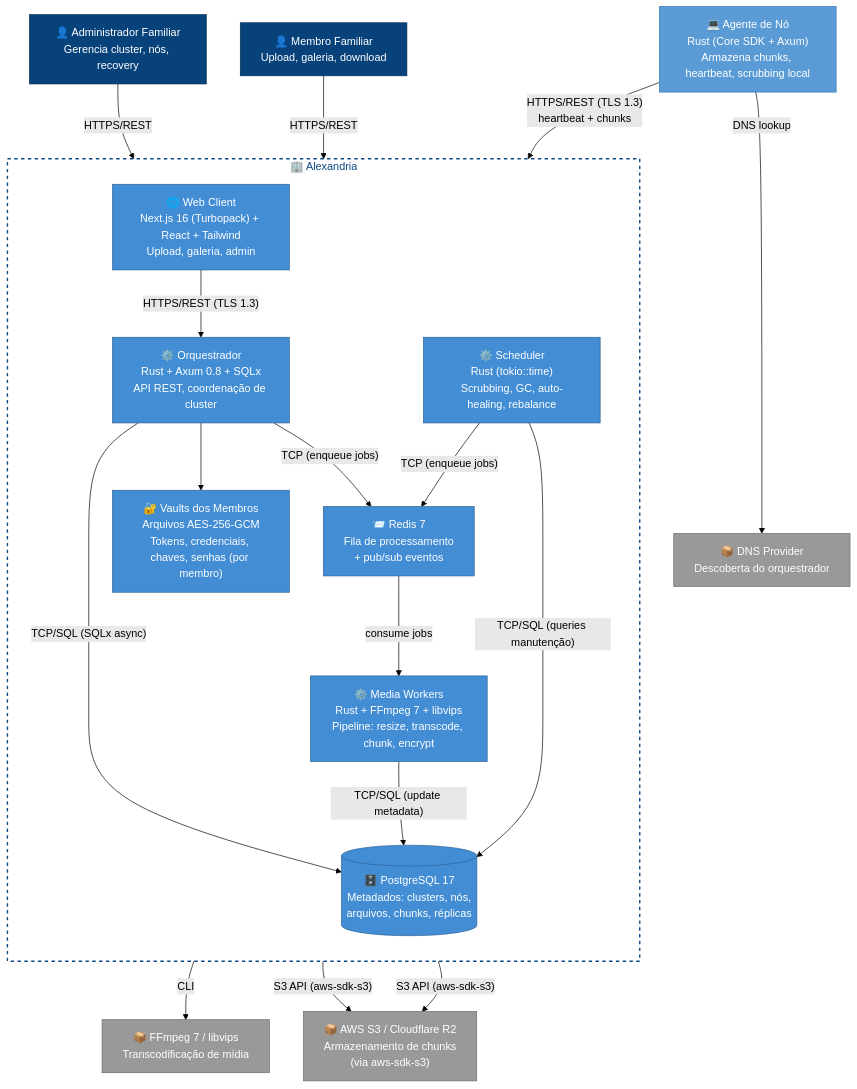
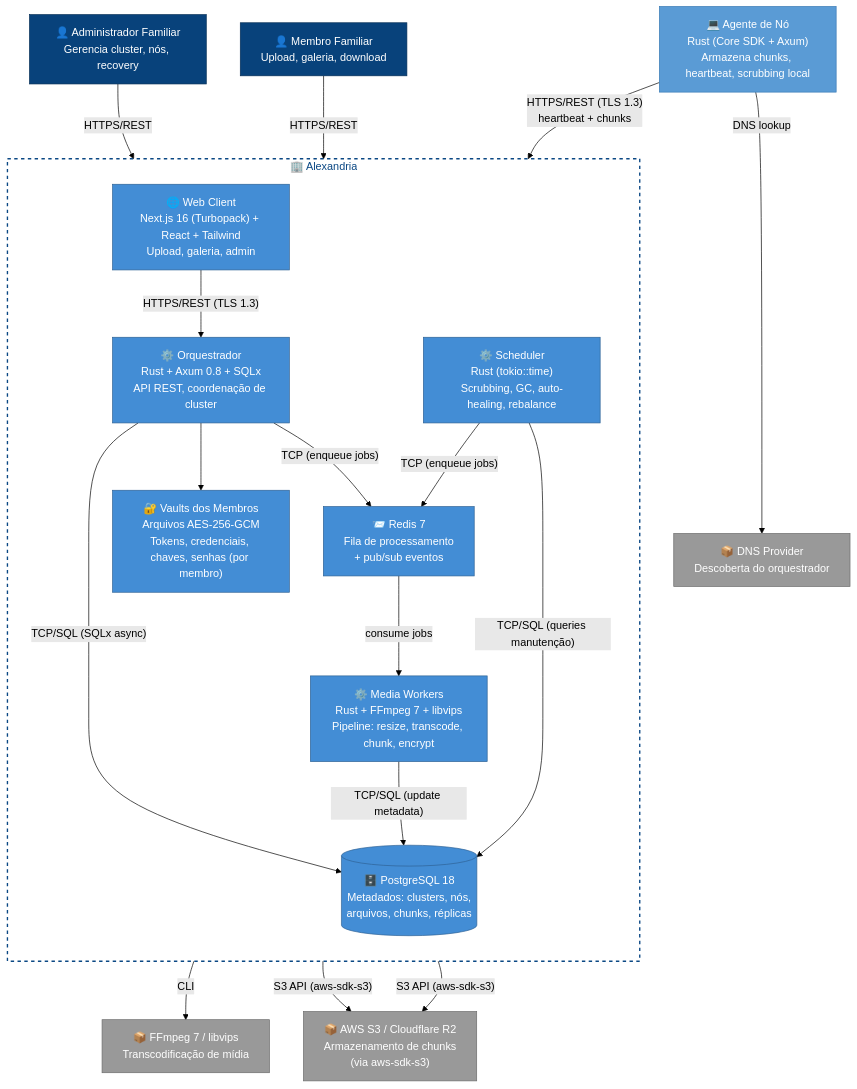
Before and after one commit to DouglasPrado/alexandria: the diagram in docs/diagrams/containers/container-diagram.mmd, drawn with Mermaid (forest theme). The commit also changed 17 other files, not shown here.

```diff
--- a/docs/diagrams/containers/container-diagram.mmd
+++ b/docs/diagrams/containers/container-diagram.mmd
@@ -1,88 +1,88 @@
 %% C4 Nivel 2: Diagrama de Containers — Alexandria
 %% Referencia: docs/blueprint/06-system_architecture.md
-%% Versões: Rust + Axum 0.8, Next.js 16, PostgreSQL 17, Redis 7
+%% Versões: Rust + Axum 0.8, Next.js 16, PostgreSQL 18, Redis 7
 
 graph TB
     %% -------------------------------------------------------
     %% Atores
     %% -------------------------------------------------------
     Admin["👤 Administrador Familiar<br/>Gerencia cluster, nós, recovery"]
     Membro["👤 Membro Familiar<br/>Upload, galeria, download"]
 
     %% -------------------------------------------------------
     %% Dispositivos / Nós
     %% -------------------------------------------------------
     NodeAgent["💻 Agente de Nó<br/>Rust (Core SDK + Axum)<br/>Armazena chunks, heartbeat, scrubbing local"]
 
     %% -------------------------------------------------------
     %% Fronteira do Sistema
     %% -------------------------------------------------------
     subgraph SystemBoundary["🏢 Alexandria"]
         direction TB
 
         WebApp["🌐 Web Client<br/>Next.js 16 (Turbopack) + React + Tailwind<br/>Upload, galeria, admin"]
 
         API["⚙️ Orquestrador<br/>Rust + Axum 0.8 + SQLx<br/>API REST, coordenação de cluster"]
         Workers["⚙️ Media Workers<br/>Rust + FFmpeg 7 + libvips<br/>Pipeline: resize, transcode, chunk, encrypt"]
         Scheduler_C["⚙️ Scheduler<br/>Rust (tokio::time)<br/>Scrubbing, GC, auto-healing, rebalance"]
 
-        DB[("🗄️ PostgreSQL 17<br/>Metadados: clusters, nós,<br/>arquivos, chunks, réplicas")]
+        DB[("🗄️ PostgreSQL 18<br/>Metadados: clusters, nós,<br/>arquivos, chunks, réplicas")]
         Queue["📨 Redis 7<br/>Fila de processamento<br/>+ pub/sub eventos"]
         Vault_C["🔐 Vaults dos Membros<br/>Arquivos AES-256-GCM<br/>Tokens, credenciais, chaves, senhas (por membro)"]
     end
 
     %% -------------------------------------------------------
     %% Sistemas Externos
     %% -------------------------------------------------------
     S3["📦 AWS S3 / Cloudflare R2<br/>Armazenamento de chunks<br/>(via aws-sdk-s3)"]
     FFmpeg_C["📦 FFmpeg 7 / libvips<br/>Transcodificação de mídia"]
     DNS_C["📦 DNS Provider<br/>Descoberta do orquestrador"]
 
     %% -------------------------------------------------------
     %% Relacionamentos — Atores
     %% -------------------------------------------------------
     Admin -->|"HTTPS/REST"| WebApp
     Membro -->|"HTTPS/REST"| WebApp
 
     %% -------------------------------------------------------
     %% Frontend → Backend
     %% -------------------------------------------------------
     WebApp -->|"HTTPS/REST (TLS 1.3)"| API
 
     %% -------------------------------------------------------
     %% Backend interno
     %% -------------------------------------------------------
     API -->|"TCP/SQL (SQLx async)"| DB
     API -->|"TCP (enqueue jobs)"| Queue
     Queue -->|"consume jobs"| Workers
     Workers -->|"CLI"| FFmpeg_C
     Workers -->|"TCP/SQL (update metadata)"| DB
     Scheduler_C -->|"TCP/SQL (queries manutenção)"| DB
     Scheduler_C -->|"TCP (enqueue jobs)"| Queue
     API --> Vault_C
 
     %% -------------------------------------------------------
     %% Storage e Nós
     %% -------------------------------------------------------
     API -->|"S3 API (aws-sdk-s3)"| S3
     Workers -->|"S3 API (aws-sdk-s3)"| S3
     NodeAgent -->|"HTTPS/REST (TLS 1.3)<br/>heartbeat + chunks"| API
     NodeAgent -->|"DNS lookup"| DNS_C
 
     %% -------------------------------------------------------
     %% Estilos C4
     %% -------------------------------------------------------
     style SystemBoundary fill:none,stroke:#0b4884,stroke-width:2px,stroke-dasharray:5 5,color:#0b4884
     style WebApp fill:#438dd5,stroke:#2e6295,color:#fff
     style API fill:#438dd5,stroke:#2e6295,color:#fff
     style Workers fill:#438dd5,stroke:#2e6295,color:#fff
     style Scheduler_C fill:#438dd5,stroke:#2e6295,color:#fff
     style DB fill:#438dd5,stroke:#2e6295,color:#fff
     style Queue fill:#438dd5,stroke:#2e6295,color:#fff
     style Vault_C fill:#438dd5,stroke:#2e6295,color:#fff
     style Admin fill:#08427b,stroke:#052e56,color:#fff
     style Membro fill:#08427b,stroke:#052e56,color:#fff
     style NodeAgent fill:#5a9bd5,stroke:#3a7bb5,color:#fff
     style S3 fill:#999999,stroke:#6b6b6b,color:#fff
     style FFmpeg_C fill:#999999,stroke:#6b6b6b,color:#fff
     style DNS_C fill:#999999,stroke:#6b6b6b,color:#fff
```
